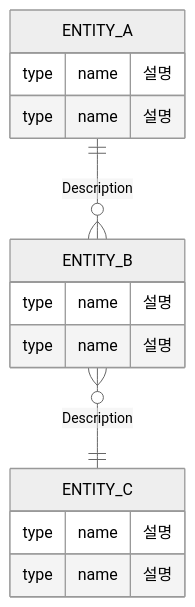
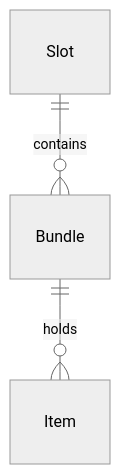
The diagram in docs/10_Workspace/🚩 Phase 2 로그인_회원 시스템 (Auth).md (hihi213/dormmate_rebuild), drawn with Mermaid (neutral theme) before and after one commit. The commit also changed other lines of this file and 6 other files, not shown here.

````diff
--- a/docs/10_Workspace/🚩 Phase 2 로그인_회원 시스템 (Auth).md
+++ b/docs/10_Workspace/🚩 Phase 2 로그인_회원 시스템 (Auth).md
@@ -53,18 +40,6 @@
 ```mermaid
 erDiagram
-    %% 예시 문법: EntityA ||--o{ EntityB : "Relation"
-    ENTITY_A ||--o{ ENTITY_B : "Description"
-    ENTITY_B }o--|| ENTITY_C : "Description"
-    ENTITY_A {
-        type name "설명"
-        type name "설명"
-    }
-    ENTITY_B {
-        type name "설명"
-        type name "설명"
-    }
-    ENTITY_C {
-        type name "설명"
-        type name "설명"
-    }
+    %% 예시: Parent ||--o{ Child : has
+    Slot ||--o{ Bundle : contains
+    Bundle ||--o{ Item : holds
 ```
````
